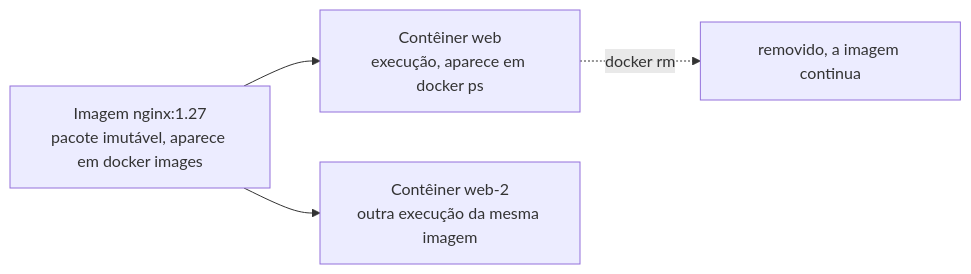
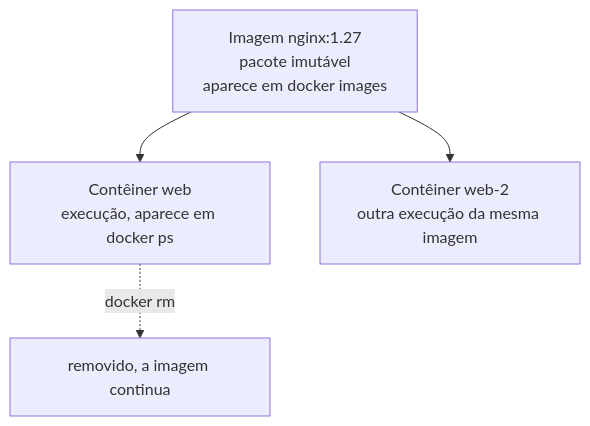
One commit to marco-mendes/arquitetura-software changed the first of 3 diagrams in docs/modulo-6-nuvem/oficina-de-ferramentas.md. Above: the diagram before and after it, drawn with Mermaid. The commit also changed other lines of this file and 15 other files, not shown here.

````diff
--- a/docs/modulo-6-nuvem/oficina-de-ferramentas.md
+++ b/docs/modulo-6-nuvem/oficina-de-ferramentas.md
@@ -216,6 +216,6 @@
 ```mermaid
-flowchart LR
-    I[Imagem nginx:1.27<br/>pacote imutável, aparece em docker images] --> C1[Contêiner web<br/>execução, aparece em docker ps]
+flowchart TB
+    I[Imagem nginx:1.27<br/>pacote imutável<br/>aparece em docker images] --> C1[Contêiner web<br/>execução, aparece em docker ps]
     I --> C2[Contêiner web-2<br/>outra execução da mesma imagem]
     C1 -. docker rm .-> F[removido, a imagem continua]
 ```
````
